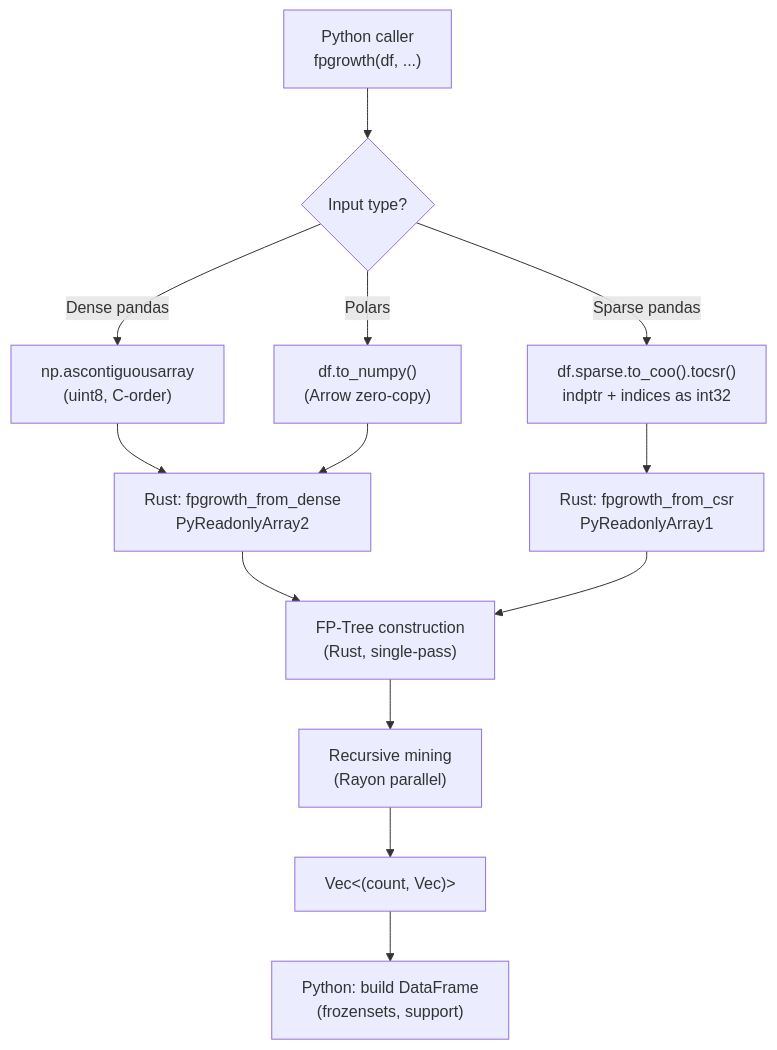
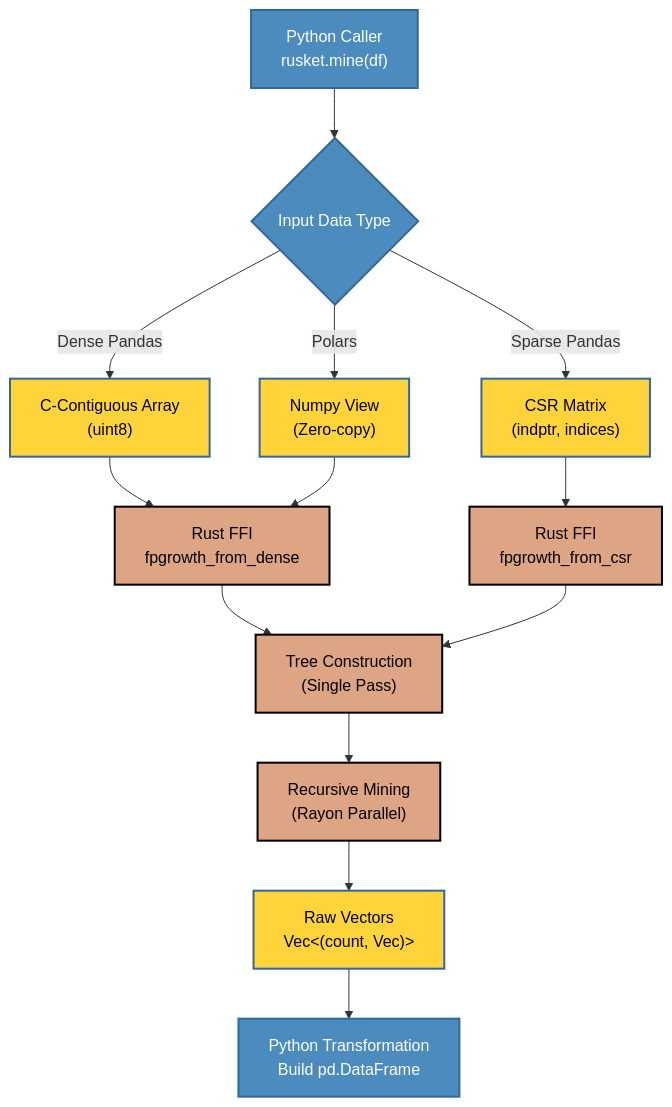
One commit to bmsuisse/rusket changed the diagram in docs/architecture.md. Above: the diagram before and after it, drawn with Mermaid. The commit also changed 15 other files, not shown here.

````diff
--- a/docs/architecture.md
+++ b/docs/architecture.md
@@ -34,19 +34,24 @@
 ```mermaid
-flowchart TD
-    A["Python caller\nfpgrowth(df, ...)"] --> B{Input type?}
+graph TD
+    classDef python fill:#4B8BBE,stroke:#306998,stroke-width:2px,color:white;
+    classDef rust fill:#DEA584,stroke:#000,stroke-width:2px,color:black;
+    classDef data fill:#FFD43B,stroke:#306998,stroke-width:2px,color:black;
 
-    B -->|Dense pandas| C["np.ascontiguousarray\n(uint8, C-order)"]
-    B -->|Sparse pandas| D["df.sparse.to_coo().tocsr()\nindptr + indices as int32"]
-    B -->|Polars| E["df.to_numpy()\n(Arrow zero-copy)"]
-
-    C --> F["Rust: fpgrowth_from_dense\nPyReadonlyArray2<u8>"]
-    D --> G["Rust: fpgrowth_from_csr\nPyReadonlyArray1<i32>"]
+    A["Python Caller<br/>rusket.mine(df)"]:::python --> B{"Input Data Type"}:::python
+    
+    B -->|Dense Pandas| C["C-Contiguous Array<br/>(uint8)"]:::data
+    B -->|Sparse Pandas| D["CSR Matrix<br/>(indptr, indices)"]:::data
+    B -->|Polars| E["Numpy View<br/>(Zero-copy)"]:::data
+    
+    C --> F["Rust FFI<br/>fpgrowth_from_dense"]:::rust
+    D --> G["Rust FFI<br/>fpgrowth_from_csr"]:::rust
     E --> F
-
-    F --> H["FP-Tree construction\n(Rust, single-pass)"]
+    
+    F --> H["Tree Construction<br/>(Single Pass)"]:::rust
     G --> H
-
-    H --> I["Recursive mining\n(Rayon parallel)"]
-    I --> J["Vec<(count, Vec<usize>)>"]
-    J --> K["Python: build DataFrame\n(frozensets, support)"]
+    
+    H --> I["Recursive Mining<br/>(Rayon Parallel)"]:::rust
+    I --> J["Raw Vectors<br/>Vec<(count, Vec<usize>)>"]:::data
+    
+    J --> K["Python Transformation<br/>Build pd.DataFrame"]:::python
 ```
````
